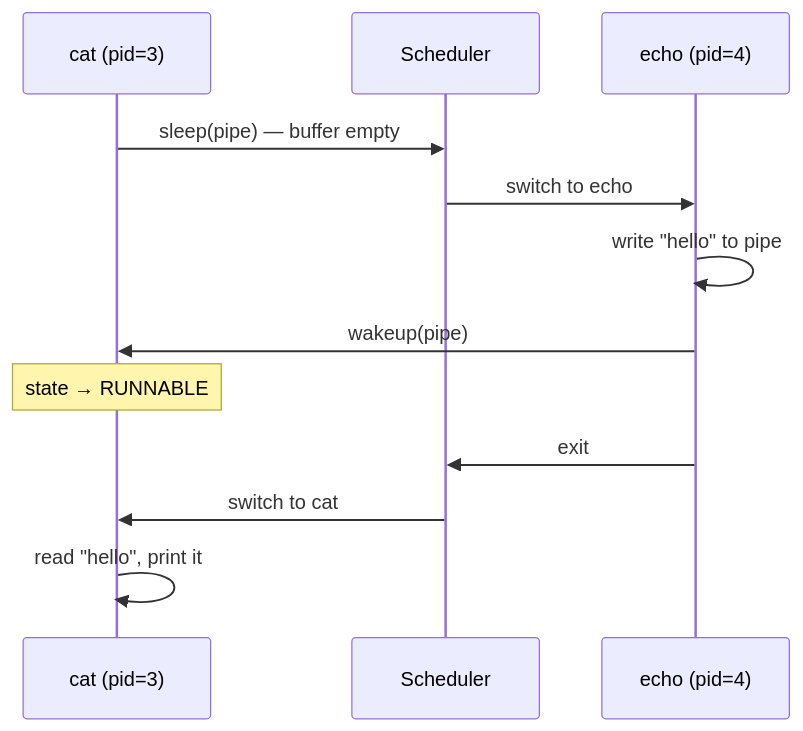
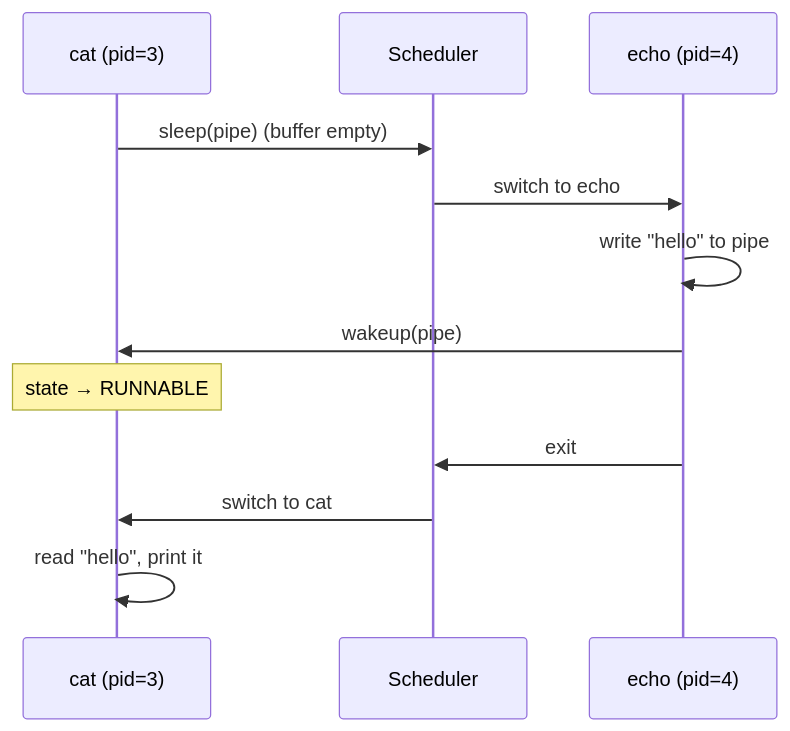
Before and after one commit to Choroning/26Spring_Operating-Systems: the sixth of 6 diagrams in Lecture-Notes/Week06_CPU-Scheduling-1/Concepts_Lab.md, drawn with Mermaid. The commit also changed other lines of this file and 45 other files, not shown here.

````diff
--- a/Lecture-Notes/Week06_CPU-Scheduling-1/Concepts_Lab.md
+++ b/Lecture-Notes/Week06_CPU-Scheduling-1/Concepts_Lab.md
@@ -353,14 +353,14 @@
 ```mermaid
 sequenceDiagram
     participant Cat as cat (pid=3)
     participant Sched as Scheduler
     participant Echo as echo (pid=4)
-    Cat->>Sched: sleep(pipe) — buffer empty
+    Cat->>Sched: sleep(pipe) (buffer empty)
     Sched->>Echo: switch to echo
     Echo->>Echo: write "hello" to pipe
     Echo->>Cat: wakeup(pipe)
     Note over Cat: state → RUNNABLE
     Echo->>Sched: exit
     Sched->>Cat: switch to cat
     Cat->>Cat: read "hello", print it
 ```
````
